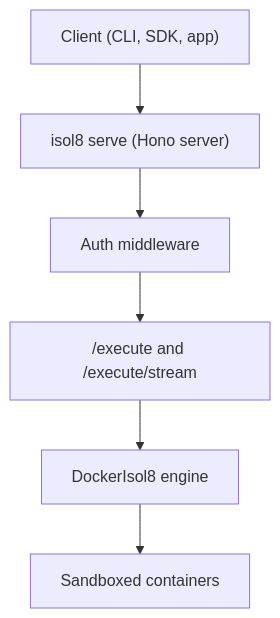
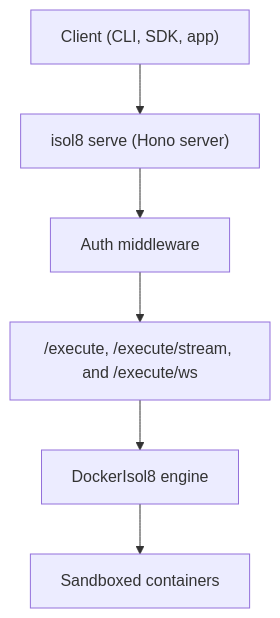
The diagram in apps/docs/remote.mdx (Illusion47586/isol8), drawn with Mermaid before and after one commit. The commit also changed other lines of this file and 20 other files, not shown here.

````diff
--- a/apps/docs/remote.mdx
+++ b/apps/docs/remote.mdx
@@ -11,8 +11,8 @@
 ```mermaid
 flowchart TD
   A["Client (CLI, SDK, app)"] --> B["isol8 serve (Hono server)"]
   B --> C["Auth middleware"]
-  C --> D["/execute and /execute/stream"]
+  C --> D["/execute, /execute/stream, and /execute/ws"]
   D --> E["DockerIsol8 engine"]
   E --> F["Sandboxed containers"]
 ```
````
